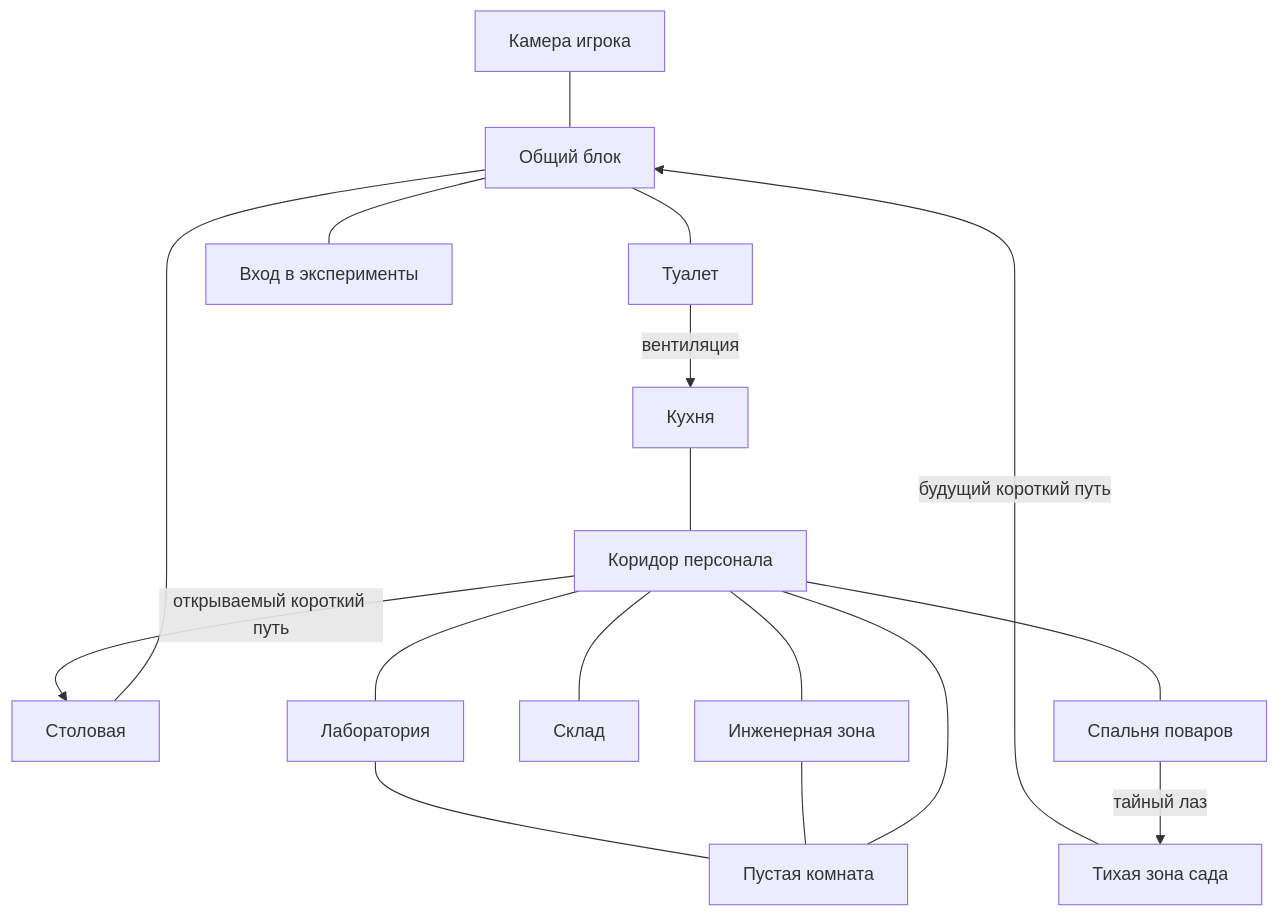
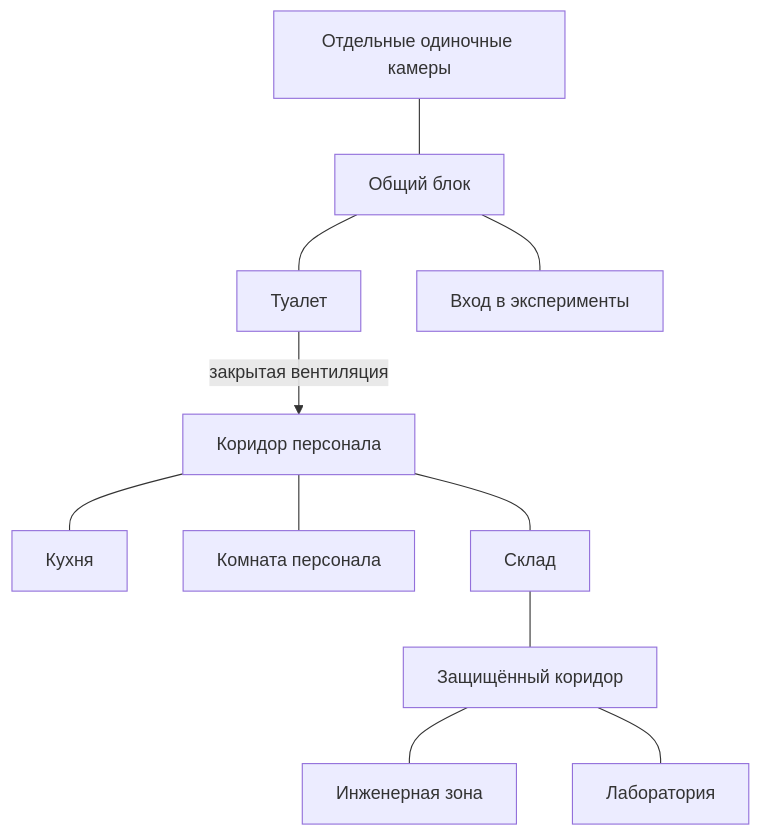
One commit to GrigoriyKarpuhin/mnk-first-game changed the diagram in Design/PRISON_LEVEL_DESIGN.md. Above: the diagram before and after it, drawn with Mermaid. The commit also changed other lines of this file and 4 other files, not shown here.

````diff
--- a/Design/PRISON_LEVEL_DESIGN.md
+++ b/Design/PRISON_LEVEL_DESIGN.md
@@ -55,19 +55,13 @@
 ```mermaid
 flowchart TD
-    CELL[Камера игрока] --- COMMON[Общий блок]
-    COMMON --- FOOD[Столовая]
+    CELLS[Отдельные одиночные камеры] --- COMMON[Общий блок]
     COMMON --- TOILET[Туалет]
     COMMON --- EXP[Вход в эксперименты]
-    TOILET -->|вентиляция| KITCHEN[Кухня]
-    KITCHEN --- STAFF[Коридор персонала]
-    STAFF --- COOKS[Спальня поваров]
+    TOILET -->|закрытая вентиляция| STAFF[Коридор персонала]
+    STAFF --- KITCHEN[Кухня]
+    STAFF --- STAFFROOM[Комната персонала]
     STAFF --- STORAGE[Склад]
-    STAFF --- ENGINEERING[Инженерная зона]
-    STAFF --- LAB[Лаборатория]
-    STAFF --- EMPTY[Пустая комната]
-    ENGINEERING --- EMPTY[Пустая комната]
-    LAB --- EMPTY
-    COOKS -->|тайный лаз| GARDEN[Тихая зона сада]
-    GARDEN -->|будущий короткий путь| COMMON
-    STAFF -->|открываемый короткий путь| FOOD
+    STORAGE --- SECURE[Защищённый коридор]
+    SECURE --- ENGINEERING[Инженерная зона]
+    SECURE --- LAB[Лаборатория]
 ```
````
